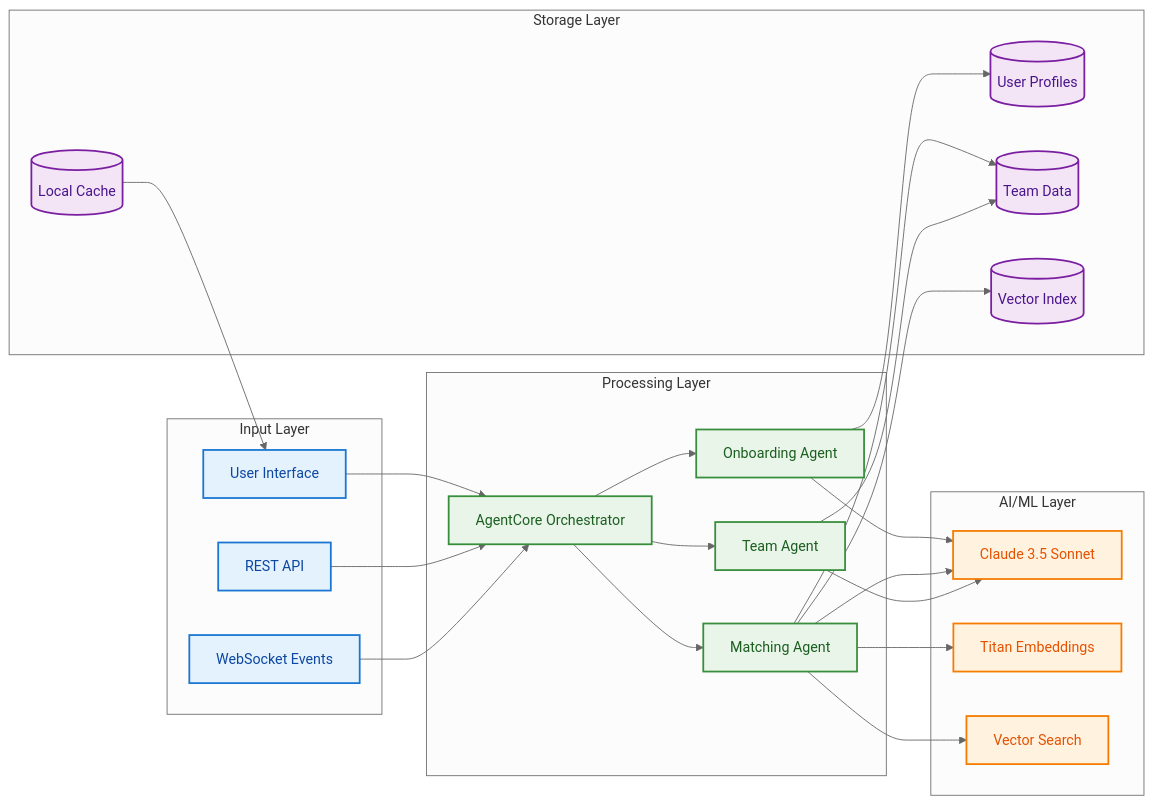
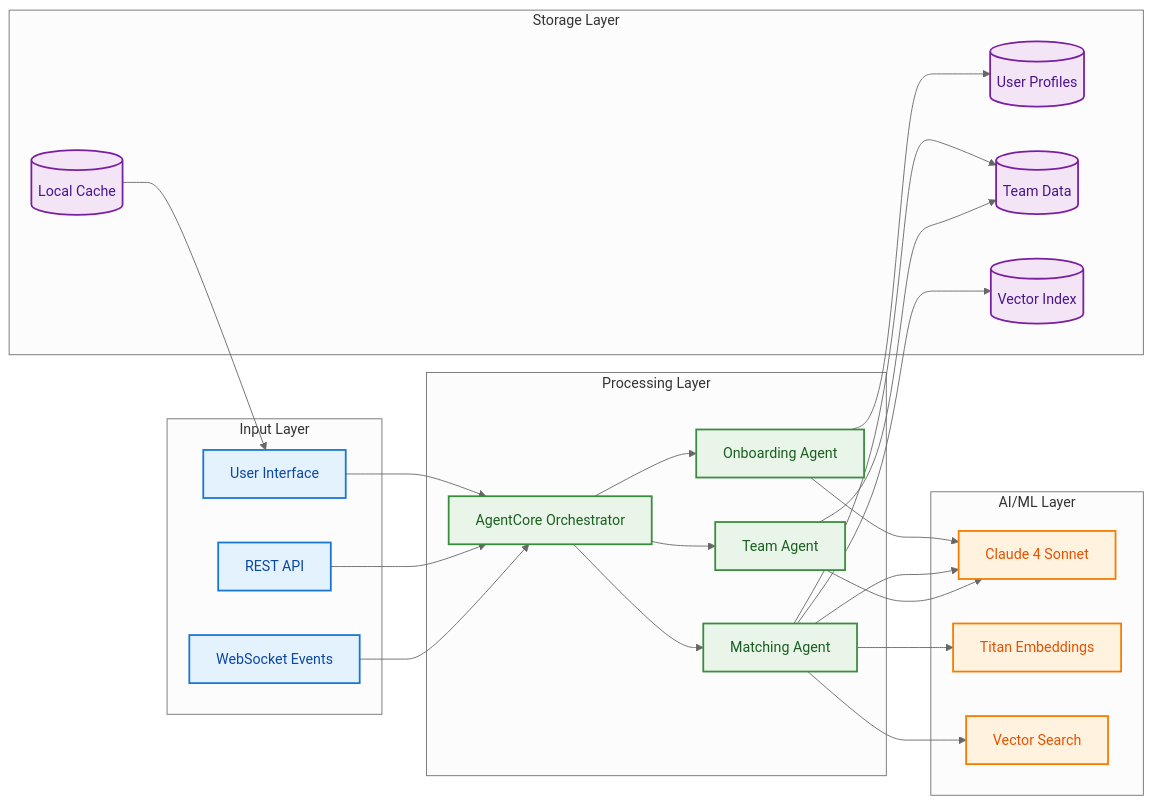
Before and after one commit to Jobeer1/Find-your-Team: the third of 3 diagrams in README.md, drawn with Mermaid (neutral theme).

Commit message:
Update Claude version from 3.5 to 4 in README

````diff
--- a/README.md
+++ b/README.md
@@ -221,62 +221,62 @@
 ```mermaid
 graph LR
     subgraph InputLayer ["Input Layer"]
         UI["User Interface"]
         API["REST API"]
         WS["WebSocket Events"]
     end
     
     subgraph ProcessingLayer ["Processing Layer"]
         AC["AgentCore Orchestrator"]
         OA["Onboarding Agent"]
         MA["Matching Agent"]
         TA["Team Agent"]
     end
     
     subgraph AILayer ["AI/ML Layer"]
-        Claude["Claude 3.5 Sonnet"]
+        Claude["Claude 4 Sonnet"]
         Embeddings["Titan Embeddings"]
         Search["Vector Search"]
     end
     
     subgraph StorageLayer ["Storage Layer"]
         Profiles[("User Profiles")]
         Teams[("Team Data")]
         Vectors[("Vector Index")]
         Cache[("Local Cache")]
     end
     
     %% Data flow connections
     UI --> AC
     API --> AC
     WS --> AC
     
     AC --> OA
     AC --> MA
     AC --> TA
     
     OA --> Claude
     MA --> Claude
     MA --> Embeddings
     MA --> Search
     TA --> Claude
     
     OA --> Profiles
     MA --> Teams
     MA --> Vectors
     TA --> Teams
     
     Cache --> UI
     
     %% Color styling for different layers
     classDef input fill:#E3F2FD,stroke:#1976D2,stroke-width:2px,color:#0D47A1
     classDef processing fill:#E8F5E8,stroke:#388E3C,stroke-width:2px,color:#1B5E20
     classDef ai fill:#FFF3E0,stroke:#F57C00,stroke-width:2px,color:#E65100
     classDef storage fill:#F3E5F5,stroke:#7B1FA2,stroke-width:2px,color:#4A148C
     
     %% Apply styles to nodes
     class UI,API,WS input
     class AC,OA,MA,TA processing
     class Claude,Embeddings,Search ai
     class Profiles,Teams,Vectors,Cache storage
 ```
````
